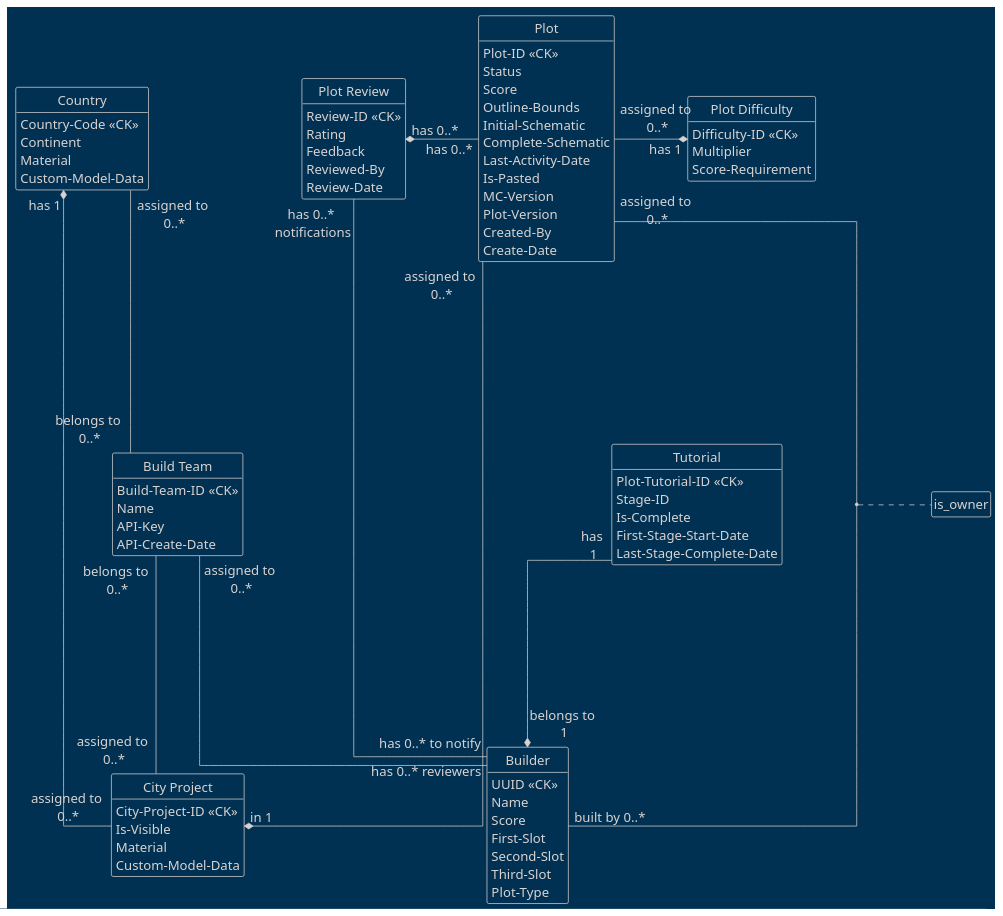
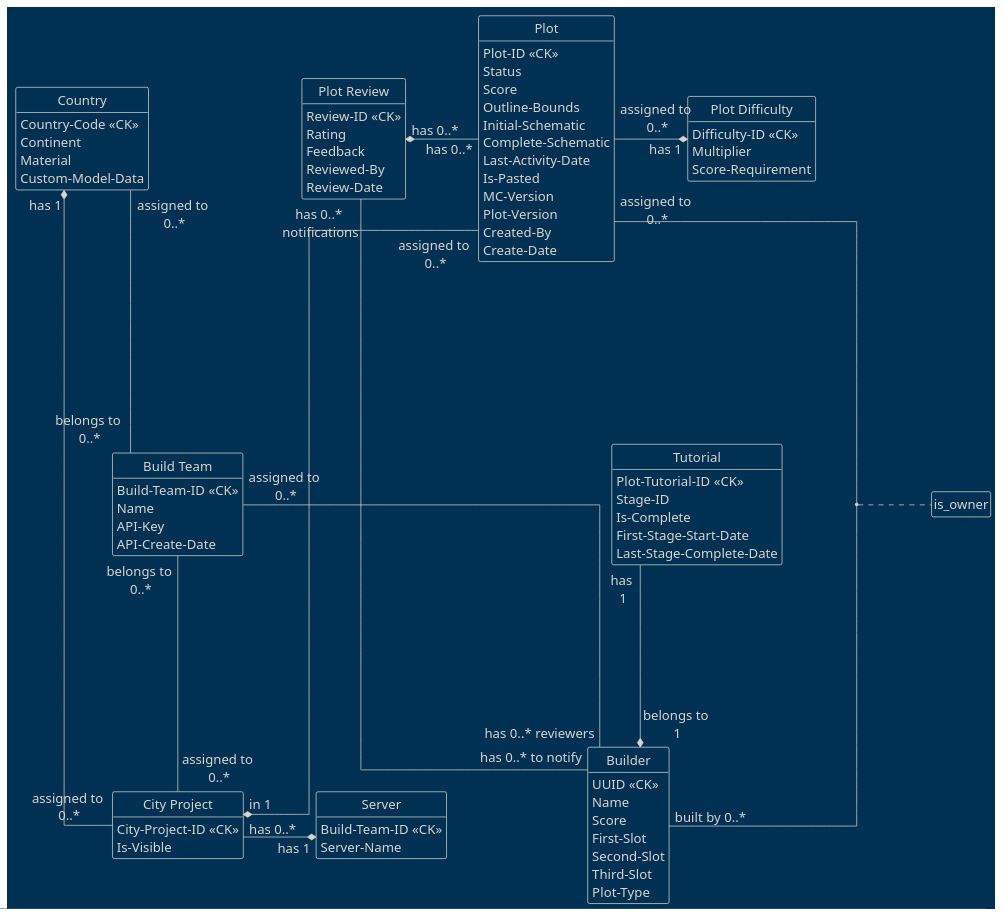
The diagram in conceptual-db.puml (AlpsBTE/Plot-System-DB), drawn with PlantUML before and after one commit. The commit also changed 4 other files, not shown here.

```diff
--- a/conceptual-db.puml
+++ b/conceptual-db.puml
@@ -1,95 +1,99 @@
 @startuml
 skinparam nodesep 100
 skinparam ranksep 250
 skinparam defaultFontSize 18
 
 skinparam linetype ortho
 
 hide circle
 hide empty members
 !theme blueprint
 
 entity "Build Team" as build_team {
     Build-Team-ID <<CK>>
     Name
     API-Key
     API-Create-Date
 }
 
+entity "Server" as server {
+    Build-Team-ID <<CK>>
+    Server-Name
+}
+
 entity "Country" as country {
     Country-Code <<CK>>
     Continent
     Material
     Custom-Model-Data
 }
 
 entity "City Project" as city_project {
     City-Project-ID <<CK>>
     Is-Visible
-    Material
-    Custom-Model-Data
 }
 
 entity "Builder" as builder {
     UUID <<CK>>
     Name
     Score
     First-Slot
     Second-Slot
     Third-Slot
     Plot-Type
 }
 
 entity "Plot Difficulty" as plot_difficulty {
     Difficulty-ID <<CK>>
     Multiplier
     Score-Requirement
 }
 
 entity "Plot" as plot {
     Plot-ID <<CK>>
     Status
     Score
     Outline-Bounds
     Initial-Schematic
     Complete-Schematic
     Last-Activity-Date
     Is-Pasted
     MC-Version
     Plot-Version
     Created-By
     Create-Date
 }
 
 entity "Tutorial" as tutorial {
     Plot-Tutorial-ID <<CK>>
     Stage-ID
     Is-Complete
     First-Stage-Start-Date
     Last-Stage-Complete-Date
 }
 
 entity "Plot Review" as plot_review {
     Review-ID <<CK>>
     Rating
     Feedback
     Reviewed-By
     Review-Date
 }
 
 build_team "belongs to \n0..*" -up- "assigned to \n0..*" country
 build_team "belongs to \n0..*" -- "assigned to \n0..*" city_project
 build_team "assigned to \n0..*" -- "has 0..* reviewers" builder
 plot_review "has 0..*\n notifications" -- "has 0..* to notify" builder
 plot_review "has 0..*" *- "has 0..*" plot
 
+server "has 1" *--left- "has 0..*" city_project
 country "has 1" *-- "assigned to \n0..*" city_project
 
 plot "assigned to\n 0..*" -- "built by 0..*" builder
 (plot, builder) . is_owner
 
 plot "assigned to \n0..*" --* "in 1" city_project
 plot "assigned to \n0..*" -right* "has 1" plot_difficulty
 
 tutorial "has \n1" --* "belongs to \n1" builder
 @enduml
```
